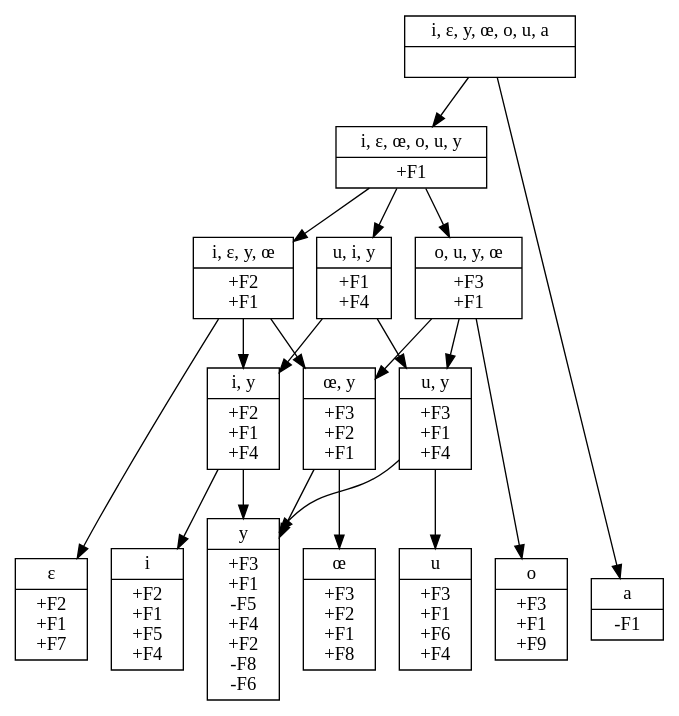
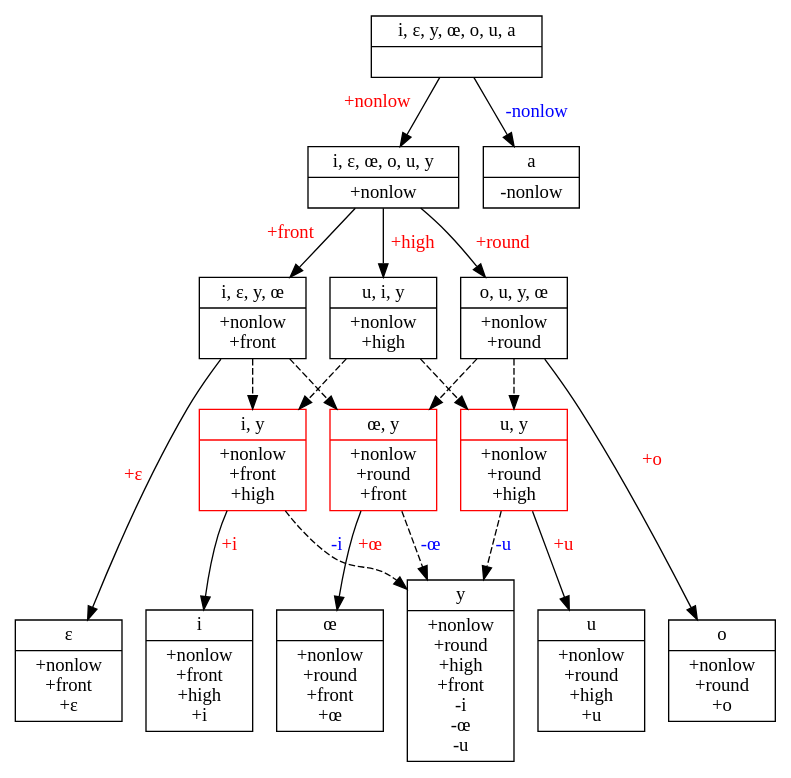
Before and after one commit to rdaland/Pheatures: the diagram in squib/diagrams/vowel_inventory_contrastive_under.gv, drawn with Graphviz.

Commit message:
figure 5 -- vowel_inventory_contrastive_under.gv

```diff
--- a/squib/diagrams/vowel_inventory_contrastive_under.gv
+++ b/squib/diagrams/vowel_inventory_contrastive_under.gv
@@ -1,20 +1,39 @@
 // None
 digraph {
 	0 [label="{<segs> i, ɛ, y, œ, o, u, a |<feats>  }",shape=record]
-	1 [label="{<segs> i, ɛ, œ, o, u, y |<feats> +F1 }",shape=record]
-	2 [label="{<segs> i, ɛ, y, œ |<feats> +F2\n+F1 }",shape=record]
-	3 [label="{<segs> o, u, y, œ |<feats> +F3\n+F1 }",shape=record]
-	4 [label="{<segs> u, i, y |<feats> +F1\n+F4 }",shape=record]
-	5 [label="{<segs> i |<feats> +F2\n+F1\n+F5\n+F4 }",shape=record]
-	6 [label="{<segs> y |<feats> +F3\n+F1\n-F5\n+F4\n+F2\n-F8\n-F6 }",shape=record]
-	7 [label="{<segs> u |<feats> +F3\n+F1\n+F6\n+F4 }",shape=record]
-	8 [label="{<segs> ɛ |<feats> +F2\n+F1\n+F7 }",shape=record]
-	9 [label="{<segs> œ |<feats> +F3\n+F2\n+F1\n+F8 }",shape=record]
-	10 [label="{<segs> o |<feats> +F3\n+F1\n+F9 }",shape=record]
-	11 [label="{<segs> a |<feats> -F1 }",shape=record]
-	12 [label="{<segs> œ, y |<feats> +F3\n+F2\n+F1 }",shape=record]
-	13 [label="{<segs> i, y |<feats> +F2\n+F1\n+F4 }",shape=record]
-	14 [label="{<segs> u, y |<feats> +F3\n+F1\n+F4 }",shape=record]
-	0 -> 1	0 -> 11	1 -> 2	1 -> 3	1 -> 4	2 -> 8	2 -> 12	2 -> 13	3 -> 10	3 -> 12	3 -> 14	4 -> 13	4 -> 14	12 -> 6	12 -> 9	13 -> 5	13 -> 6	14 -> 6	14 -> 7
-{rank=same; 5 6 7 8 9 10 11}
+	1 [label="{<segs> i, ɛ, œ, o, u, y |<feats> +nonlow }",shape=record]
+	2 [label="{<segs> i, ɛ, y, œ |<feats> +nonlow\n+front }",shape=record]
+	3 [label="{<segs> o, u, y, œ |<feats> +nonlow\n+round }",shape=record]
+	4 [label="{<segs> u, i, y |<feats> +nonlow\n+high }",shape=record]
+	5 [label="{<segs> i |<feats> +nonlow\n+front\n+high\n+i }",shape=record]
+	6 [label="{<segs> y |<feats> +nonlow\n+round\n+high\n+front\n-i\n-œ\n-u }",shape=record]
+	7 [label="{<segs> u |<feats> +nonlow\n+round\n+high\n+u }",shape=record]
+	8 [label="{<segs> ɛ |<feats> +nonlow\n+front\n+ɛ }",shape=record]
+	9 [label="{<segs> œ |<feats> +nonlow\n+round\n+front\n+œ }",shape=record]
+	10 [label="{<segs> o |<feats> +nonlow\n+round\n+o }",shape=record]
+	11 [label="{<segs> a |<feats> -nonlow }",shape=record]
+	12 [label="{<segs> œ, y |<feats> +nonlow\n+round\n+front }",shape=record,color=red]
+	13 [label="{<segs> i, y |<feats> +nonlow\n+front\n+high }",shape=record,color=red]
+	14 [label="{<segs> u, y |<feats> +nonlow\n+round\n+high }",shape=record,color=red]
+
+	0 -> 1 [xlabel="+nonlow",fontcolor=red]
+	0 -> 11 [label="-nonlow",fontcolor=blue]
+	1 -> 2 [xlabel="+front",fontcolor=red]
+	1 -> 3 [label="+round",fontcolor=red]
+	1 -> 4 [label="+high",fontcolor=red]
+	2 -> 8 [xlabel="+ɛ",fontcolor=red]
+	2 -> 12 [style=dashed]
+	2 -> 13 [style=dashed]
+	3 -> 10 [label="+o",fontcolor=red]
+	3 -> 12 [style=dashed]
+	3 -> 14 [style=dashed]
+	4 -> 13 [style=dashed]
+	4 -> 14 [style=dashed]
+	12 -> 6 [style=dashed,label="-œ",fontcolor=blue]
+	12 -> 9 [label="+œ",fontcolor=red]
+	13 -> 5 [label="+i",fontcolor=red]
+	13 -> 6 [style=dashed,label="-i",fontcolor=blue]
+	14 -> 6 [style=dashed,label="-u",fontcolor=blue]
+	14 -> 7 [label="+u",fontcolor=red]
+{rank=same; 5 6 7 8 9 10}
 }
```
